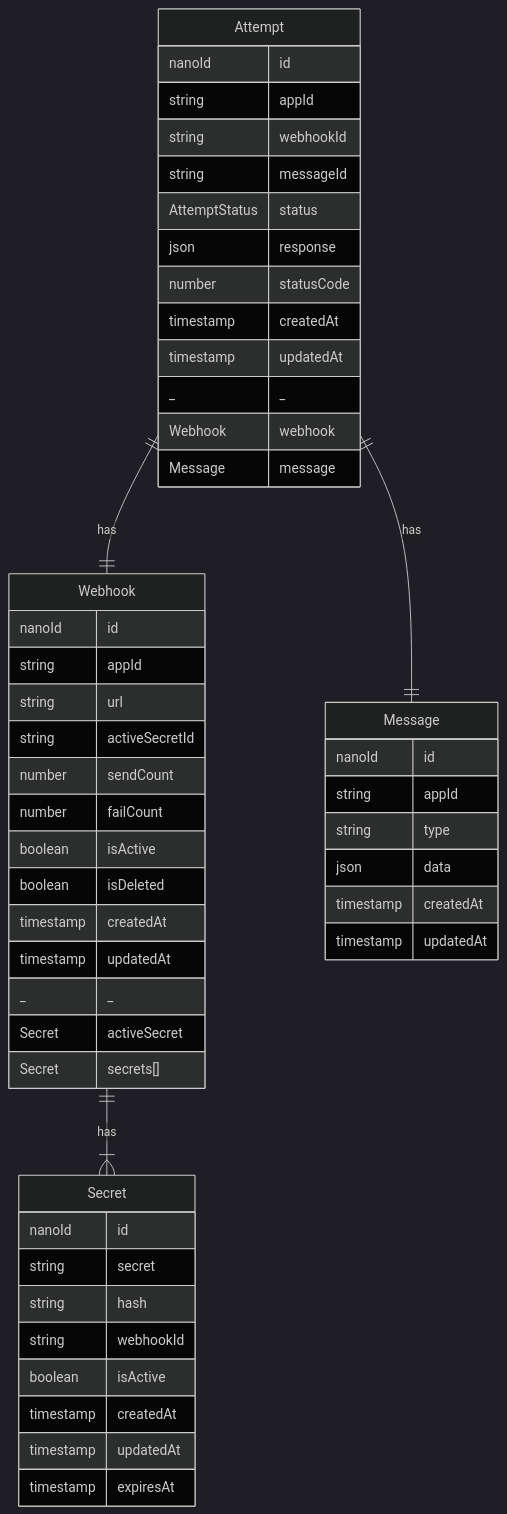
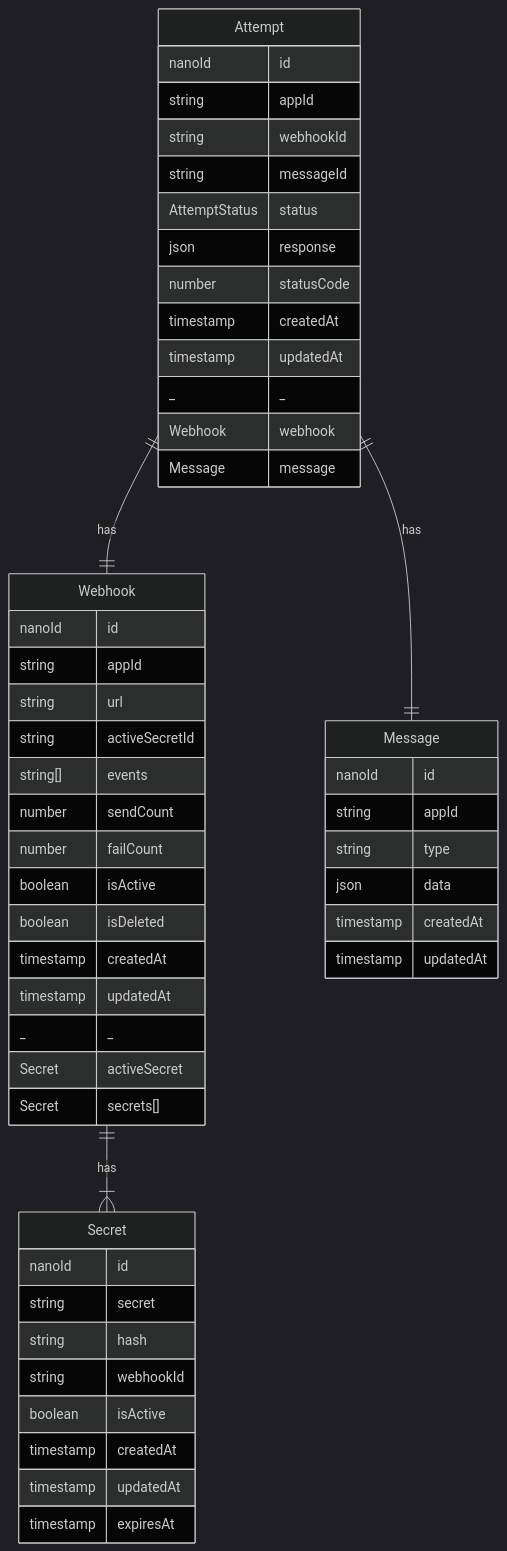
One commit to Roma-Fom/syllabus-hld changed the diagram in docs/webhook-service/entities.md. Above: the diagram before and after it, drawn with Mermaid (dark theme). The commit also changed 2 other files, not shown here.

Commit message:
Add API documentation for webhook service and development task list

````diff
--- a/docs/webhook-service/entities.md
+++ b/docs/webhook-service/entities.md
@@ -10,58 +10,59 @@
 ```mermaid
     erDiagram
         Webhook {
             nanoId id
             string appId
             string url
             string activeSecretId
+            string[] events
             number sendCount
             number failCount
             boolean isActive
             boolean isDeleted
             timestamp createdAt
             timestamp updatedAt
             _ _
             Secret activeSecret
             Secret secrets[]
         }
 
         Secret {
             nanoId id
             string secret
             string hash
             string webhookId
             boolean isActive
             timestamp createdAt
             timestamp updatedAt
             timestamp expiresAt
         }
 
         Message {
             nanoId id
             string appId
             string type
             json data
             timestamp createdAt
             timestamp updatedAt
         }
 
         Attempt {
             nanoId id
             string appId
             string webhookId
             string messageId
             AttemptStatus status
             json response
             number statusCode
             timestamp createdAt
             timestamp updatedAt
             _ _
             Webhook webhook
             Message message
         }
 
         Webhook ||--|{ Secret: has
         Attempt ||--|| Webhook: has
         Attempt ||--|| Message: has
 
 ```
````
